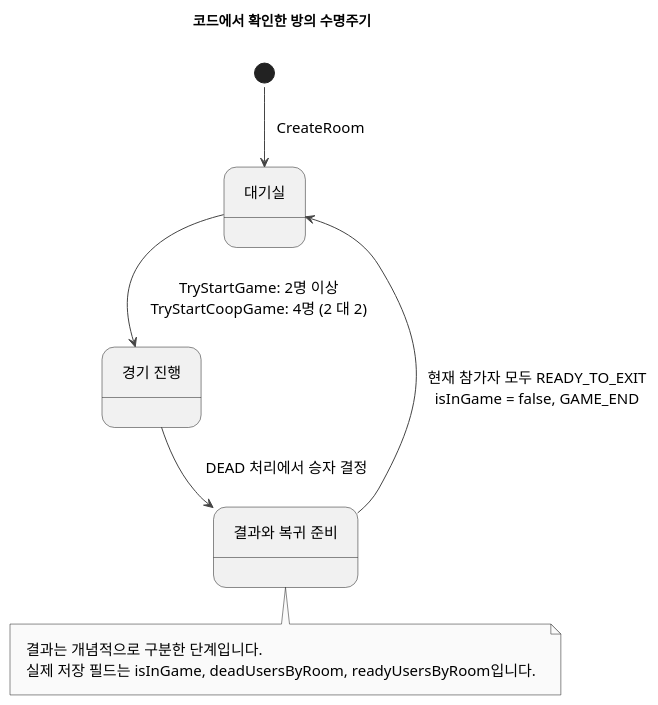
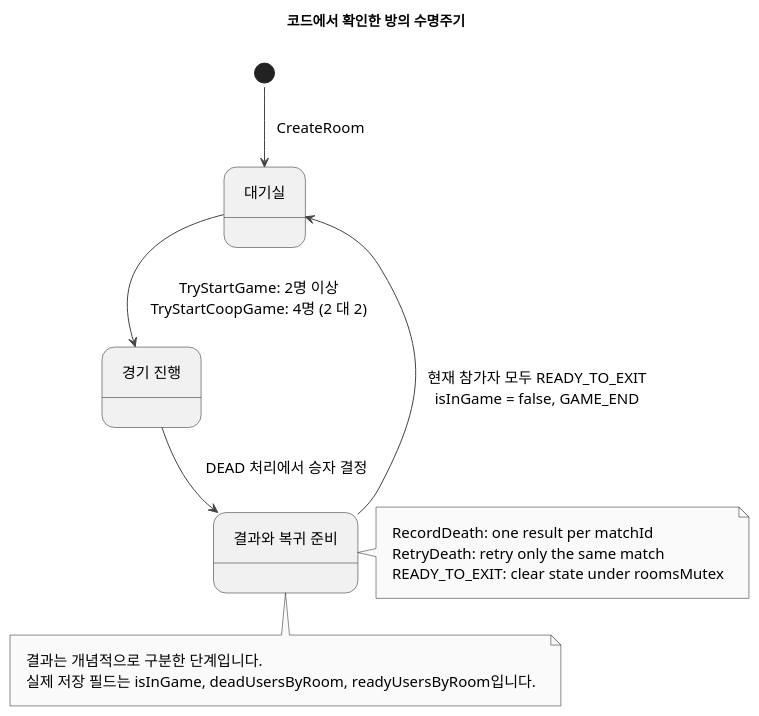
One commit to YSL-RyuDo/BnBServer changed the diagram in docs/engineering/diagrams/room-state-ko.puml. Above: the diagram before and after it, drawn with PlantUML. The commit also changed 147 other files, not shown here.

```diff
--- a/docs/engineering/diagrams/room-state-ko.puml
+++ b/docs/engineering/diagrams/room-state-ko.puml
@@ -1,24 +1,29 @@
 @startuml
 !pragma layout smetana
 skinparam monochrome true
 skinparam shadowing false
 skinparam backgroundColor white
 skinparam defaultFontName "Malgun Gothic"
 skinparam defaultFontSize 15
 skinparam ArrowColor #444444
 skinparam Padding 10
 skinparam sequenceMessageAlign center
 hide footbox
 title 코드에서 확인한 방의 수명주기
 state "대기실" as Waiting
 state "경기 진행" as Playing
 state "결과와 복귀 준비" as Results
 [*] --> Waiting : CreateRoom
 Waiting --> Playing : TryStartGame: 2명 이상\nTryStartCoopGame: 4명 (2 대 2)
 Playing --> Results : DEAD 처리에서 승자 결정
 Results --> Waiting : 현재 참가자 모두 READY_TO_EXIT\nisInGame = false, GAME_END
 note bottom of Results
 결과는 개념적으로 구분한 단계입니다.
 실제 저장 필드는 isInGame, deadUsersByRoom, readyUsersByRoom입니다.
 end note
+note right of Results
+RecordDeath: one result per matchId
+RetryDeath: retry only the same match
+READY_TO_EXIT: clear state under roomsMutex
+end note
 @enduml
```
